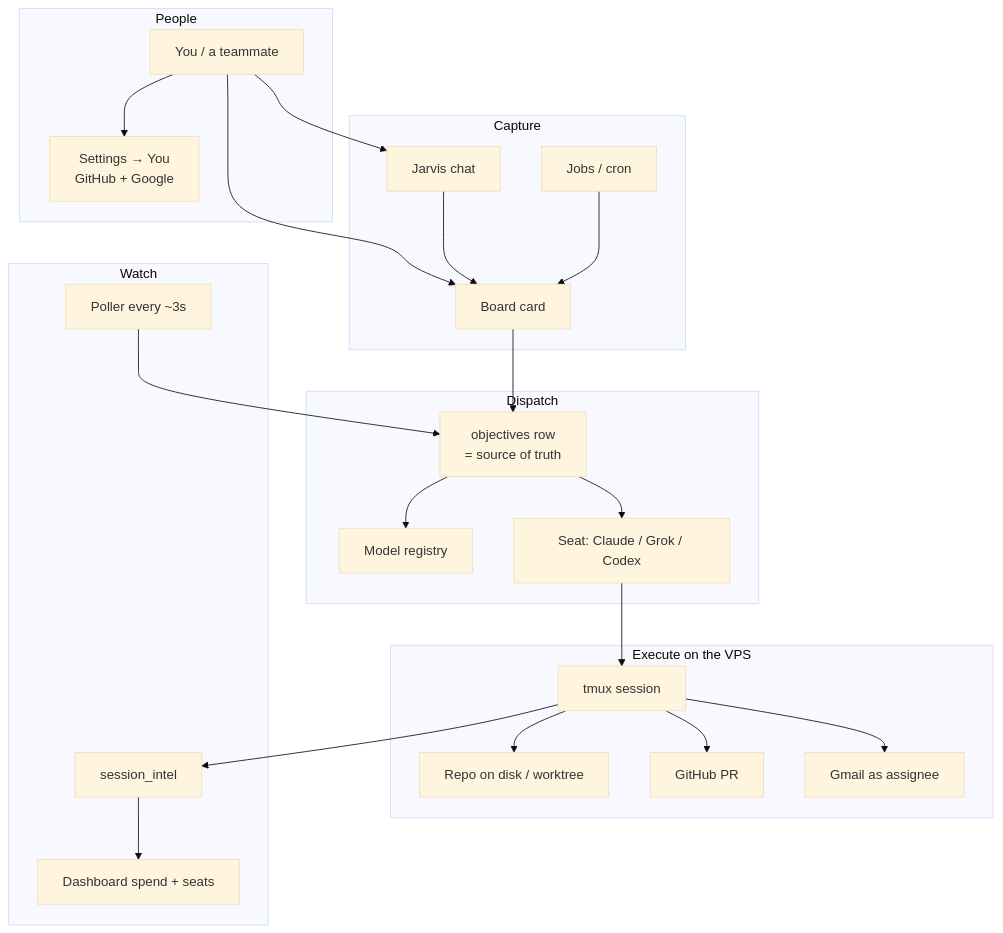
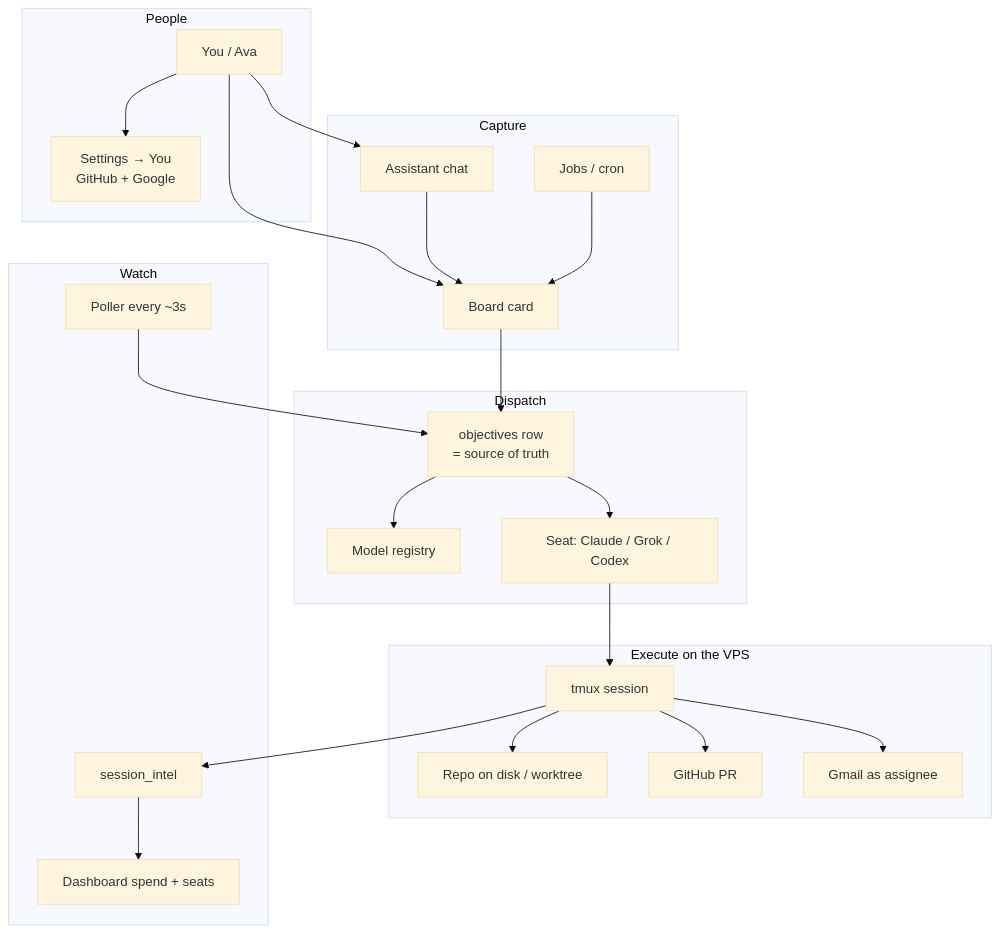
The diagram in docs/product/01-what-it-is.md (m1keluka/OperationKit), drawn with Mermaid (base theme) before and after one commit. The commit also changed other lines of this file and 284 other files, not shown here.

````diff
--- a/docs/product/01-what-it-is.md
+++ b/docs/product/01-what-it-is.md
@@ -7,47 +7,47 @@
 ```mermaid
 flowchart TB
   subgraph people["People"]
-    You["You / a teammate"]
+    You["You / Ava"]
     Settings["Settings → You\nGitHub + Google"]
     You --> Settings
   end
 
   subgraph capture["Capture"]
     Board["Board card"]
-    Jarvis["Jarvis chat"]
+    Assistant["Assistant chat"]
     Jobs["Jobs / cron"]
     You --> Board
-    You --> Jarvis
-    Jarvis --> Board
+    You --> Assistant
+    Assistant --> Board
     Jobs --> Board
   end
 
   subgraph dispatch["Dispatch"]
     Obj["objectives row\n= source of truth"]
     Model["Model registry"]
     Seat["Seat: Claude / Grok / Codex"]
     Board --> Obj
     Obj --> Model
     Obj --> Seat
   end
 
   subgraph execute["Execute on the VPS"]
     Tmux["tmux session"]
     Repo["Repo on disk / worktree"]
     PR["GitHub PR"]
     Mail["Gmail as assignee"]
     Seat --> Tmux
     Tmux --> Repo
     Tmux --> PR
     Tmux --> Mail
   end
 
   subgraph watch["Watch"]
     Poller["Poller every ~3s"]
     Intel["session_intel"]
     Dash["Dashboard spend + seats"]
     Poller --> Obj
     Tmux --> Intel
     Intel --> Dash
   end
 ```
````
